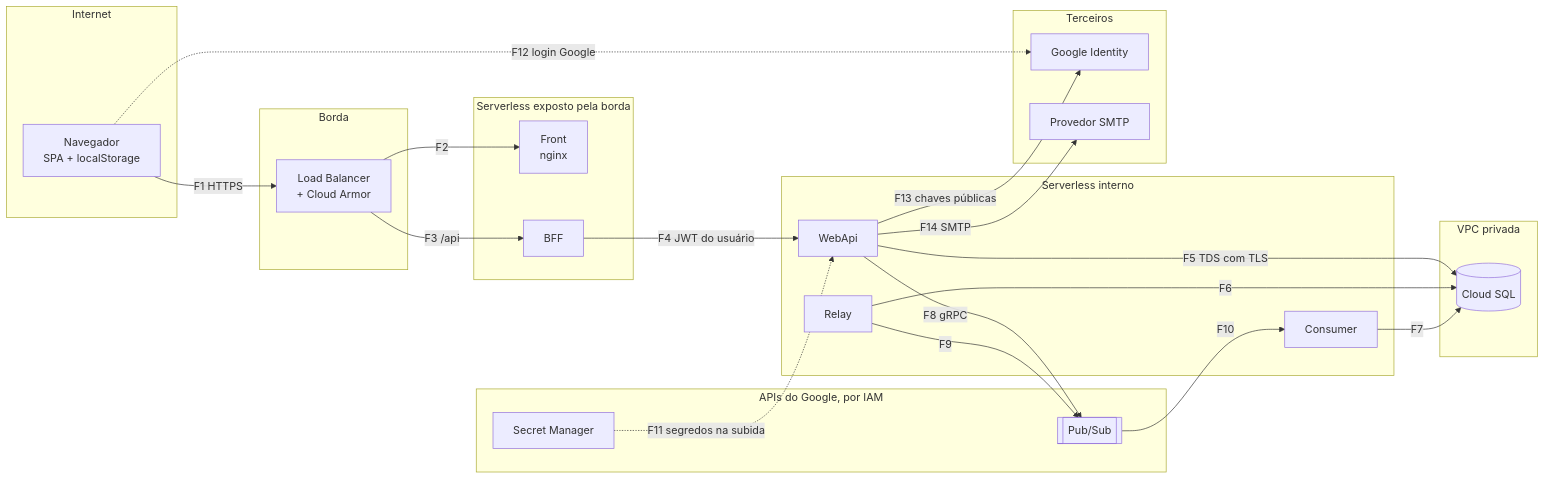
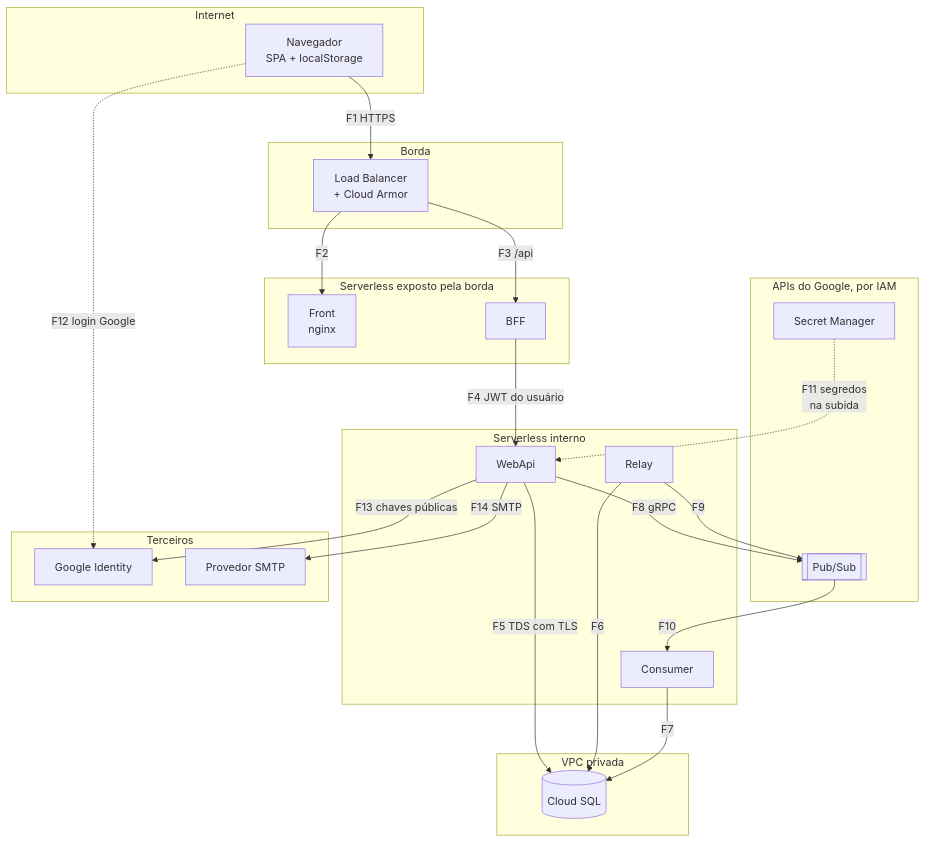
One commit to michellerodrigues/lancamentos-diarios-poc changed the second of 2 diagrams in docs/arquitetura/solucao/06-seguranca-e-threat-model.md. Above: the diagram before and after it, drawn with Mermaid. The commit also changed other lines of this file and 45 other files, not shown here.

````diff
--- a/docs/arquitetura/solucao/06-seguranca-e-threat-model.md
+++ b/docs/arquitetura/solucao/06-seguranca-e-threat-model.md
@@ -206,44 +239,44 @@
 ```mermaid
-flowchart LR
+flowchart TB
     subgraph z0["Internet"]
         nav["Navegador<br/>SPA + localStorage"]
     end
     subgraph z1["Borda"]
         lb["Load Balancer<br/>+ Cloud Armor"]
     end
     subgraph z2["Serverless exposto pela borda"]
         front["Front<br/>nginx"]
         bff["BFF"]
     end
     subgraph z3["Serverless interno"]
         webapi["WebApi"]
         relay["Relay"]
         consumer["Consumer"]
     end
     subgraph z4["VPC privada"]
         db[("Cloud SQL")]
     end
     subgraph z5["APIs do Google, por IAM"]
         ps[["Pub/Sub"]]
         sm["Secret Manager"]
     end
     subgraph ext["Terceiros"]
         g["Google Identity"]
         smtp["Provedor SMTP"]
     end
 
     nav -->|"F1 HTTPS"| lb
     lb -->|"F2"| front
     lb -->|"F3 /api"| bff
     bff -->|"F4 JWT do usuário"| webapi
     webapi -->|"F5 TDS com TLS"| db
     relay -->|"F6"| db
     consumer -->|"F7"| db
     webapi -->|"F8 gRPC"| ps
     relay -->|"F9"| ps
     ps -->|"F10"| consumer
-    sm -.->|"F11 segredos na subida"| webapi
+    sm -.->|"F11 segredos<br/>na subida"| webapi
     nav -.->|"F12 login Google"| g
     webapi -->|"F13 chaves públicas"| g
     webapi -->|"F14 SMTP"| smtp
 ```
````
